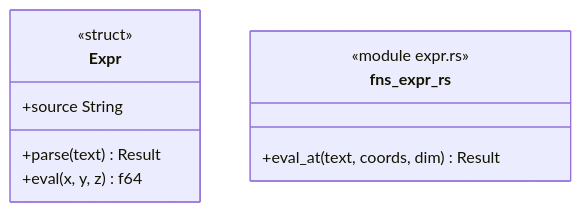
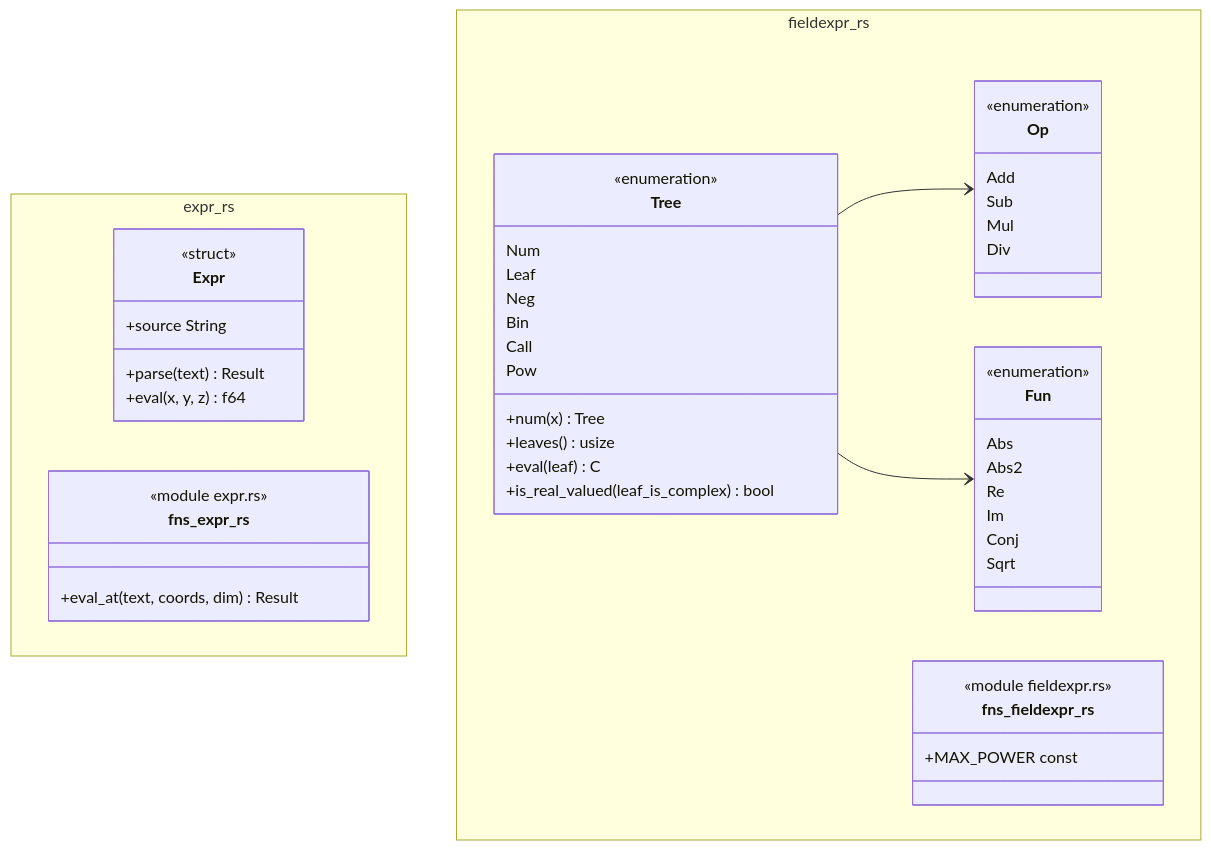
The diagram in docs/architecture/c4/4-code/femcore/expr.md (p-j-r/nyx), drawn with Mermaid before and after one commit. The commit also changed other lines of this file and 61 other files, not shown here.

````diff
--- a/docs/architecture/c4/4-code/femcore/expr.md
+++ b/docs/architecture/c4/4-code/femcore/expr.md
@@ -32,13 +35,52 @@
 ```mermaid
 classDiagram
-  class Expr {
-      <<struct>>
-      +source String
-      +parse(text) Result
-      +eval(x, y, z) f64
+  namespace expr_rs {
+    class Expr {
+        <<struct>>
+        +source String
+        +parse(text) Result
+        +eval(x, y, z) f64
+    }
+    class fns_expr_rs {
+        <<module expr.rs>>
+        +eval_at(text, coords, dim) Result
+    }
   }
-  class fns_expr_rs {
-      <<module expr.rs>>
-      +eval_at(text, coords, dim) Result
+  namespace fieldexpr_rs {
+    class Op {
+        <<enumeration>>
+        Add
+        Sub
+        Mul
+        Div
+    }
+    class Fun {
+        <<enumeration>>
+        Abs
+        Abs2
+        Re
+        Im
+        Conj
+        Sqrt
+    }
+    class Tree {
+        <<enumeration>>
+        Num
+        Leaf
+        Neg
+        Bin
+        Call
+        Pow
+        +num(x) Tree
+        +leaves() usize
+        +eval(leaf) C
+        +is_real_valued(leaf_is_complex) bool
+    }
+    class fns_fieldexpr_rs {
+        <<module fieldexpr.rs>>
+        +MAX_POWER const
+    }
   }
+  Tree --> Op
+  Tree --> Fun
 ```
````
